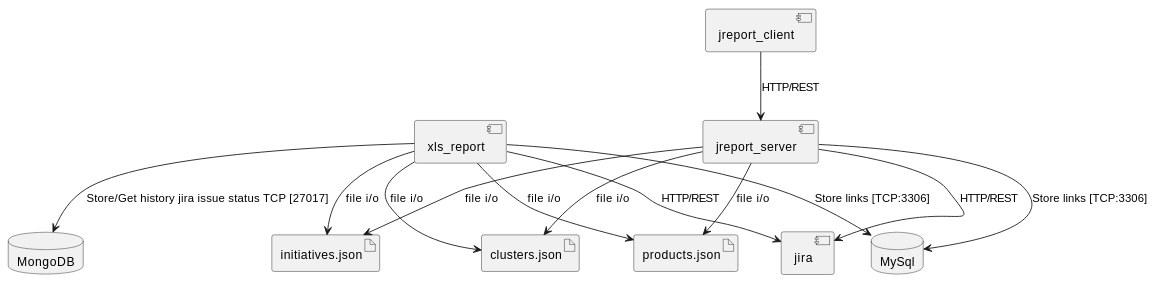
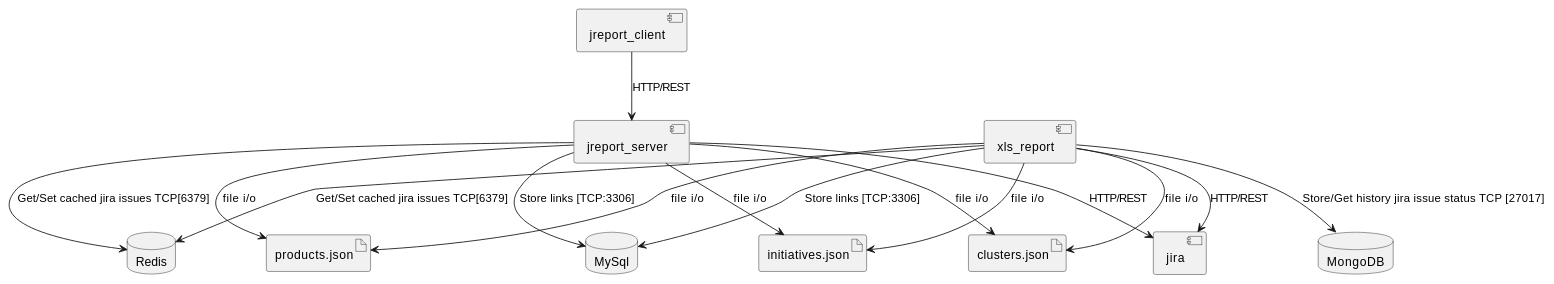
The second of 2 diagrams in architecture.md (DVDemon/jreport), drawn with PlantUML before and after one commit. The commit also changed 14 other files, not shown here.

````diff
--- a/architecture.md
+++ b/architecture.md
@@ -36,33 +36,34 @@
 ```plantuml
 @startuml
 
 component jreport_client
 component jreport_server
 component xls_report
 component jira
 
 artifact clusters.json
 artifact initiatives.json
 artifact products.json
 database MySql
 database MongoDB
+database Redis
 
 jreport_client --> jreport_server : "HTTP/REST"
 
 jreport_server --> jira : "HTTP/REST"
 jreport_server --> clusters.json : "file i/o"
 jreport_server --> initiatives.json : "file i/o"
 jreport_server --> products.json : "file i/o"
 jreport_server --> MySql : "Store links [TCP:3306]"
-
+jreport_server --> Redis : "Get/Set cached jira issues TCP[6379]"
 
 xls_report --> jira : "HTTP/REST"
 xls_report --> clusters.json : "file i/o"
 xls_report --> initiatives.json : "file i/o"
 xls_report --> products.json : "file i/o"
 xls_report --> MySql : "Store links [TCP:3306]"
 xls_report --> MongoDB : "Store/Get history jira issue status TCP [27017]"
-
+xls_report --> Redis : "Get/Set cached jira issues TCP[6379]"
 
 @enduml
 ```
````
